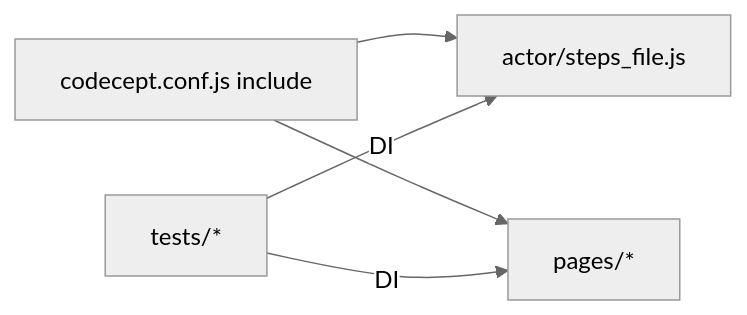
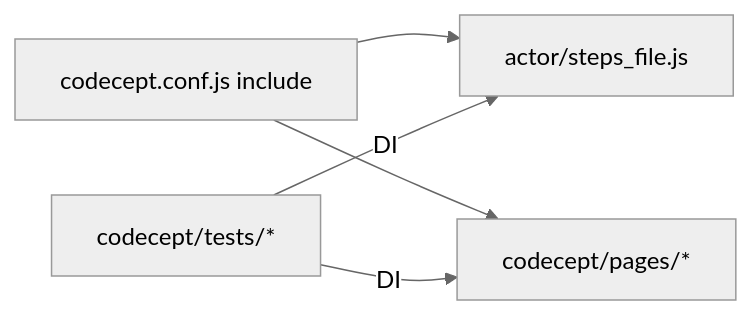
One commit to kageyama-aoi/e2e changed the fifth of 5 diagrams in docs/common/mermaid_code_relationships.md. Above: the diagram before and after it, drawn with Mermaid (neutral theme). The commit also changed other lines of this file and 543 other files, not shown here.

First line of the commit message:
refactor(e2e): tests・pages・support・data を codecept/ の下にまとめる #337

````diff
--- a/docs/common/mermaid_code_relationships.md
+++ b/docs/common/mermaid_code_relationships.md
@@ -228,7 +228,7 @@
 ```mermaid
 flowchart LR
   Config[codecept.conf.js include] --> I[actor/steps_file.js]
-  Config --> PageObjects[pages/*]
-  Tests[tests/*] -->|DI| PageObjects
+  Config --> PageObjects[codecept/pages/*]
+  Tests[codecept/tests/*] -->|DI| PageObjects
   Tests -->|DI| I
 ```
````
